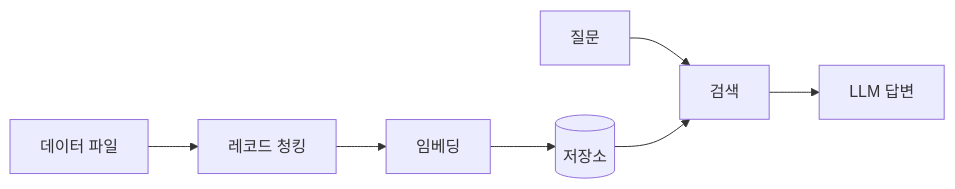
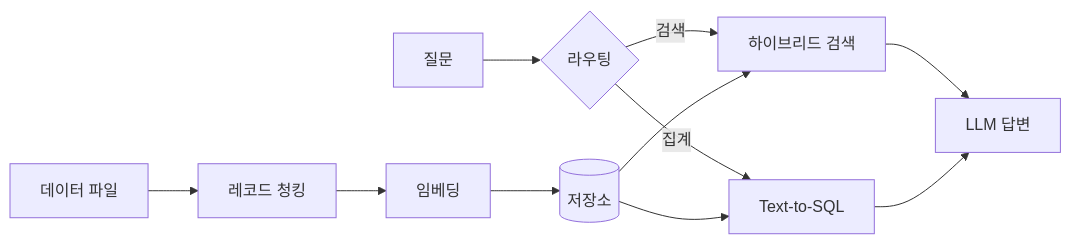
Before and after one commit to lkw-k/Obot: the diagram in README.md, drawn with Mermaid. The commit also changed other lines of this file, not shown here.

````diff
--- a/README.md
+++ b/README.md
@@ -30,9 +32,13 @@
 ```mermaid
 flowchart LR
     A[데이터 파일] --> B[레코드 청킹]
     B --> C[임베딩]
     C --> D[(저장소)]
-    Q[질문] --> E[검색]
+    Q[질문] --> R{라우팅}
+    R -->|검색| E[하이브리드 검색]
+    R -->|집계| S[Text-to-SQL]
     D --> E
+    D --> S
     E --> F[LLM 답변]
+    S --> F
 ```
````
